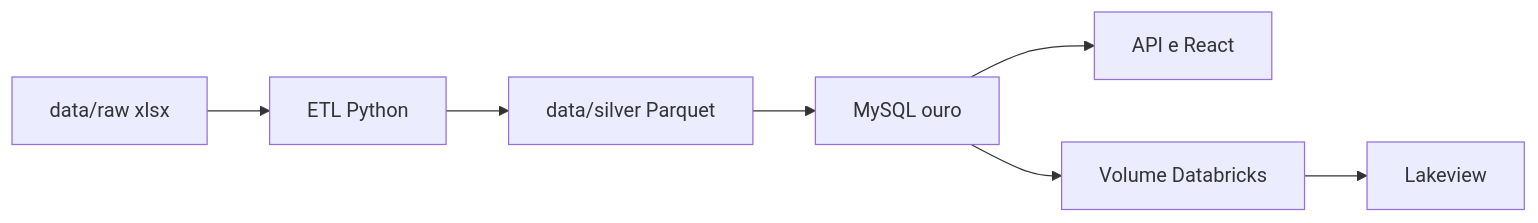
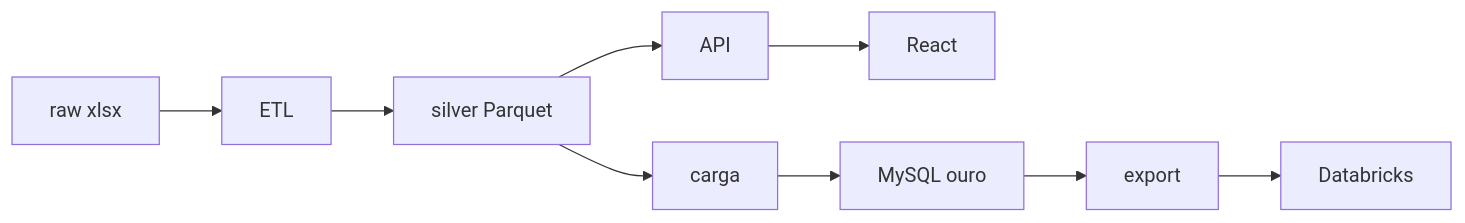
The diagram in README.md (f0ntanaDEV/IBGE), drawn with Mermaid before and after one commit. The commit also changed other lines of this file and 101 other files, not shown here.

````diff
--- a/README.md
+++ b/README.md
@@ -11,9 +11,11 @@
 ```mermaid
 flowchart LR
-    xlsx["data/raw xlsx"] --> etl["ETL Python"]
-    etl --> silver["data/silver Parquet"]
-    silver --> mysql["MySQL ouro"]
-    mysql --> api["API e React"]
-    mysql --> volume["Volume Databricks"]
-    volume --> lake["Lakeview"]
+    raw["raw xlsx"] --> etl["ETL"]
+    etl --> silver["silver Parquet"]
+    silver --> api["API"]
+    api --> react["React"]
+    silver --> carga["carga"]
+    carga --> mysql["MySQL ouro"]
+    mysql --> export["export"]
+    export --> databricks["Databricks"]
 ```
````
